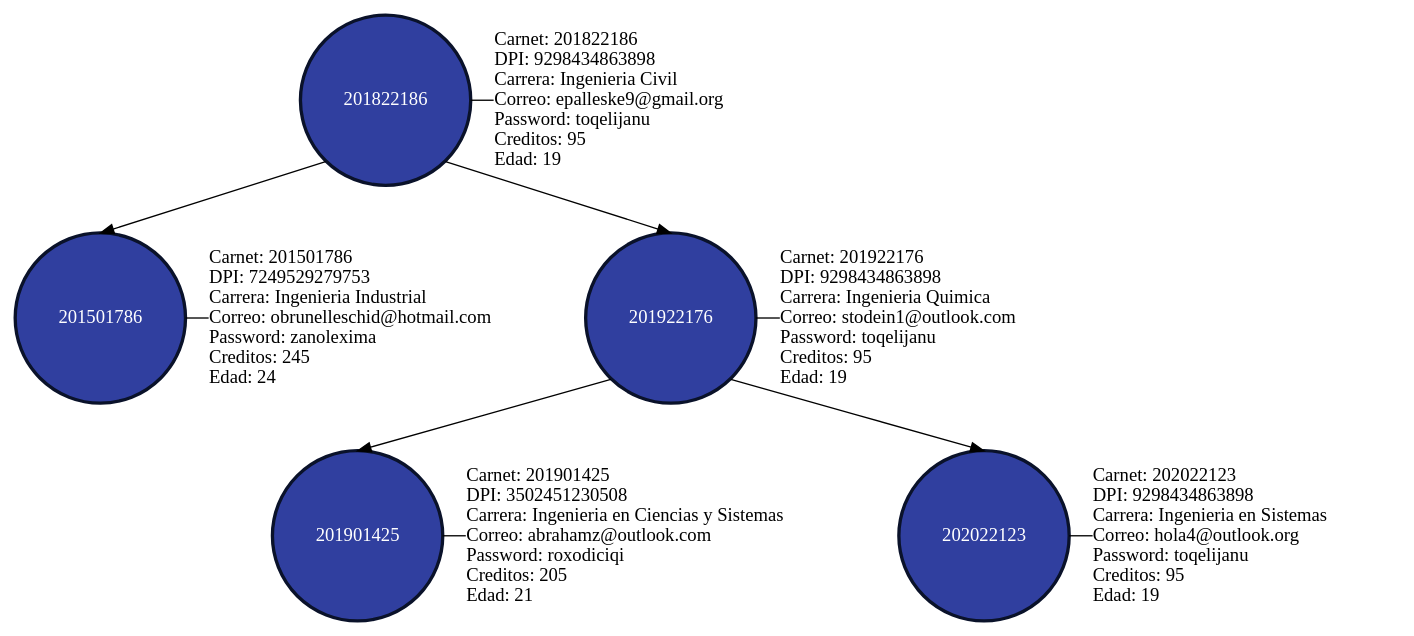
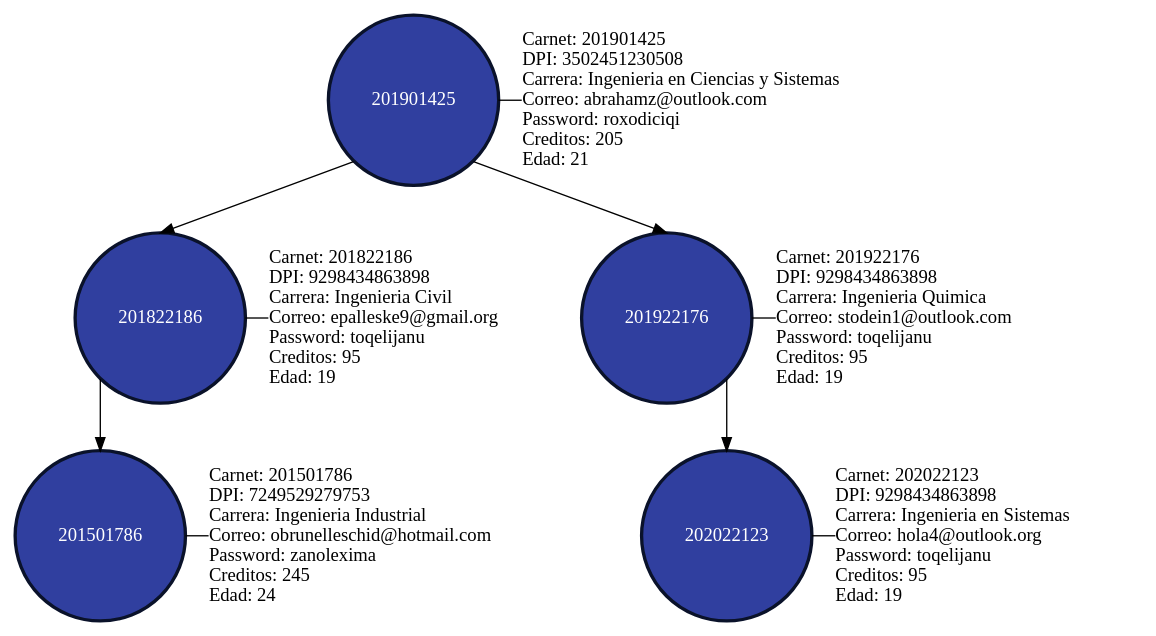
Before and after one commit to DanielDubonDR/EDD_SmartClass_201901772: the diagram in Fase_2/Archivos_dot/AVL.dot, drawn with Graphviz. The commit also changed 4 other files, not shown here.

```diff
--- a/Fase_2/Archivos_dot/AVL.dot
+++ b/Fase_2/Archivos_dot/AVL.dot
@@ -1,33 +1,33 @@
   
         digraph G
         {
             node[shape=circle, style=filled, fillcolor="#303F9F", fontcolor=white, color="#0A122A"];
             splines=false;
         
+		n201901425 [label = "201901425" penwidth=2.5];
+		n201901425 -> n201822186[tailport=sw headport=n];
+		n201901425 -> n201922176[tailport=se headport=n];
 		n201822186 [label = "201822186" penwidth=2.5];
 		n201822186 -> n201501786[tailport=sw headport=n];
-		n201822186 -> n201922176[tailport=se headport=n];
 		n201501786 [label = "201501786" penwidth=2.5];
 		n201922176 [label = "201922176" penwidth=2.5];
-		n201922176 -> n201901425[tailport=sw headport=n];
 		n201922176 -> n202022123[tailport=se headport=n];
-		n201901425 [label = "201901425" penwidth=2.5];
 		n202022123 [label = "202022123" penwidth=2.5];
 		edge[dir=none];
 		node[fillcolor=white, fontcolor=black];
 		201501786 [shape=plain label= "Carnet: 201501786\lDPI: 7249529279753\lCarrera: Ingenieria Industrial\lCorreo: obrunelleschid@hotmail.com\lPassword: zanolexima\lCreditos: 245\lEdad: 24\l"];
 		{rank=same; n201501786; 201501786}
 		n201501786 -> 201501786;
 		201822186 [shape=plain label= "Carnet: 201822186\lDPI: 9298434863898\lCarrera: Ingenieria Civil\lCorreo: epalleske9@gmail.org\lPassword: toqelijanu\lCreditos: 95\lEdad: 19\l"];
 		{rank=same; n201822186; 201822186}
 		n201822186 -> 201822186;
 		201901425 [shape=plain label= "Carnet: 201901425\lDPI: 3502451230508\lCarrera: Ingenieria en Ciencias y Sistemas\lCorreo: abrahamz@outlook.com\lPassword: roxodiciqi\lCreditos: 205\lEdad: 21\l"];
 		{rank=same; n201901425; 201901425}
 		n201901425 -> 201901425;
 		201922176 [shape=plain label= "Carnet: 201922176\lDPI: 9298434863898\lCarrera: Ingenieria Quimica\lCorreo: stodein1@outlook.com\lPassword: toqelijanu\lCreditos: 95\lEdad: 19\l"];
 		{rank=same; n201922176; 201922176}
 		n201922176 -> 201922176;
 		202022123 [shape=plain label= "Carnet: 202022123\lDPI: 9298434863898\lCarrera: Ingenieria en Sistemas\lCorreo: hola4@outlook.org\lPassword: toqelijanu\lCreditos: 95\lEdad: 19\l"];
 		{rank=same; n202022123; 202022123}
 		n202022123 -> 202022123;
 	}
```
